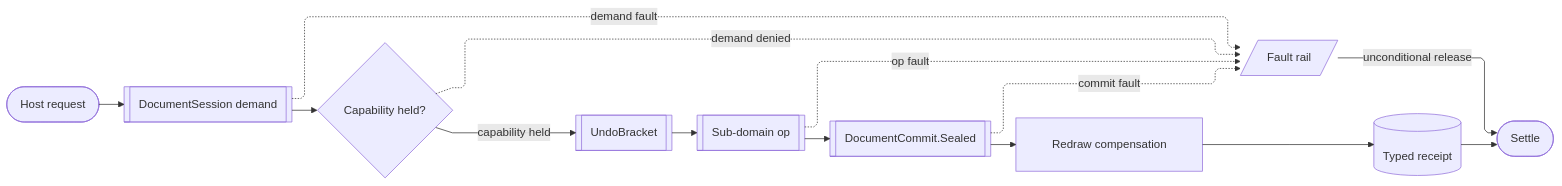
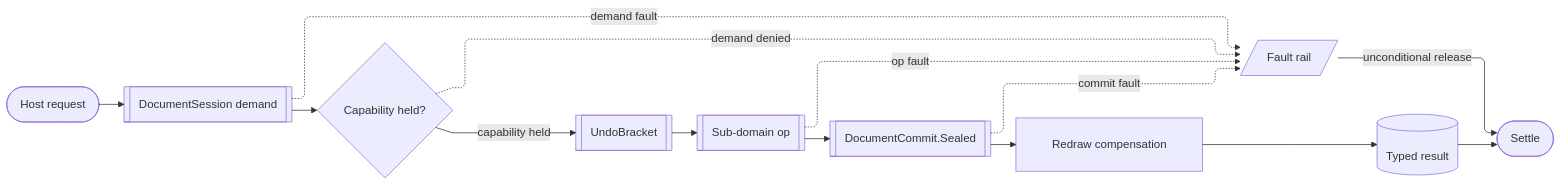
The third of 3 diagrams in libs/dotnet/Rasm.Rhino/ARCHITECTURE.md (bsamiee/Rasm), drawn with Mermaid before and after one commit. The commit also changed other lines of this file and 1417 other files, not shown here.

````diff
--- a/libs/dotnet/Rasm.Rhino/ARCHITECTURE.md
+++ b/libs/dotnet/Rasm.Rhino/ARCHITECTURE.md
@@ -290,25 +289,25 @@
 ```mermaid
 ---
 config:
   layout: elk
   flowchart:
     curve: linear
     padding: 25
 ---
 flowchart LR
     accTitle: Rasm.Rhino host-mutation spine
     accDescr: Which gate, bracket, and sealing owners one host mutation crosses, and the one releasing rail every fault converges on.
     Request([Host request]) e1@--> Session[[DocumentSession demand]]
     Session e2@--> Ready{Capability held?}
     Ready e3@-->|"capability held"| Bracket[[UndoBracket]]
     Bracket e4@--> Executor[[Sub-domain op]]
     Executor e5@--> Commit[[DocumentCommit.Sealed]]
     Commit e6@--> Redraw[Redraw compensation]
-    Redraw e7@--> Ledger[(Typed receipt)]
-    Ledger e8@--> Settle([Settle])
+    Redraw e7@--> Result[(Typed result)]
+    Result e8@--> Settle([Settle])
     Ready f1@-.->|"demand denied"| Fault[/Fault rail/]
     Session f2@-.->|"demand fault"| Fault
     Executor f3@-.->|"op fault"| Fault
     Commit f4@-.->|"commit fault"| Fault
     Fault f5@-->|"unconditional release"| Settle
 ```
````
